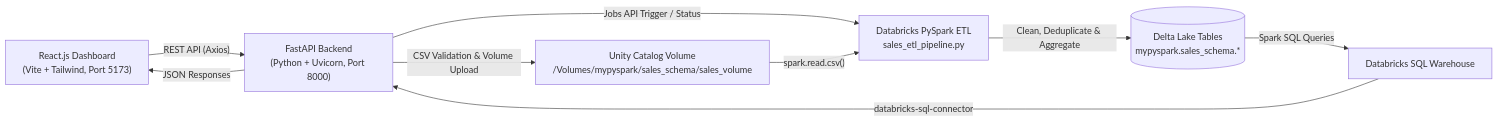
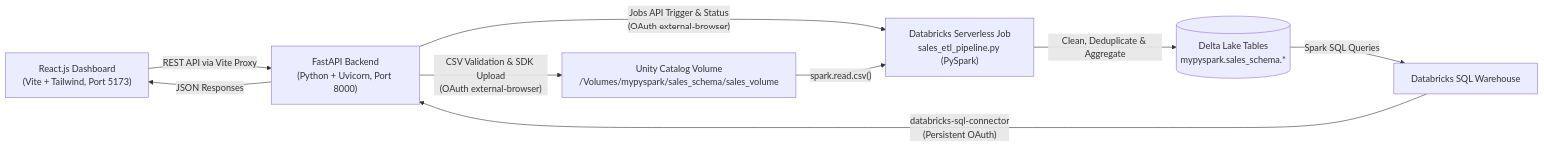
Before and after one commit to patelutsav13/SalesPulse-Sales-Analytics-ETL-Pipeline: the diagram in README.md, drawn with Mermaid. The commit also changed other lines of this file and 2 other files, not shown here.

Commit message:
Polish portfolio README, fix OAuth documentation consistency, and sanitize .env.example

````diff
--- a/README.md
+++ b/README.md
@@ -15,11 +24,11 @@
 ```mermaid
 flowchart LR
-    A["React.js Dashboard\n(Vite + Tailwind, Port 5173)"] -->|"REST API (Axios)"| B["FastAPI Backend\n(Python + Uvicorn, Port 8000)"]
-    B -->|"CSV Validation & Volume Upload"| C["Unity Catalog Volume\n/Volumes/mypyspark/sales_schema/sales_volume"]
-    B -->|"Jobs API Trigger / Status"| D["Databricks PySpark ETL\nsales_etl_pipeline.py"]
+    A["React.js Dashboard\n(Vite + Tailwind, Port 5173)"] -->|"REST API via Vite Proxy"| B["FastAPI Backend\n(Python + Uvicorn, Port 8000)"]
+    B -->|"CSV Validation & SDK Upload\n(OAuth external-browser)"| C["Unity Catalog Volume\n/Volumes/mypyspark/sales_schema/sales_volume"]
+    B -->|"Jobs API Trigger & Status\n(OAuth external-browser)"| D["Databricks Serverless Job\nsales_etl_pipeline.py (PySpark)"]
     C -->|"spark.read.csv()"| D
     D -->|"Clean, Deduplicate & Aggregate"| E[("Delta Lake Tables\nmypyspark.sales_schema.*")]
     E -->|"Spark SQL Queries"| F["Databricks SQL Warehouse"]
-    F -->|"databricks-sql-connector"| B
+    F -->|"databricks-sql-connector\n(Persistent OAuth)"| B
     B -->|"JSON Responses"| A
 ```
````
